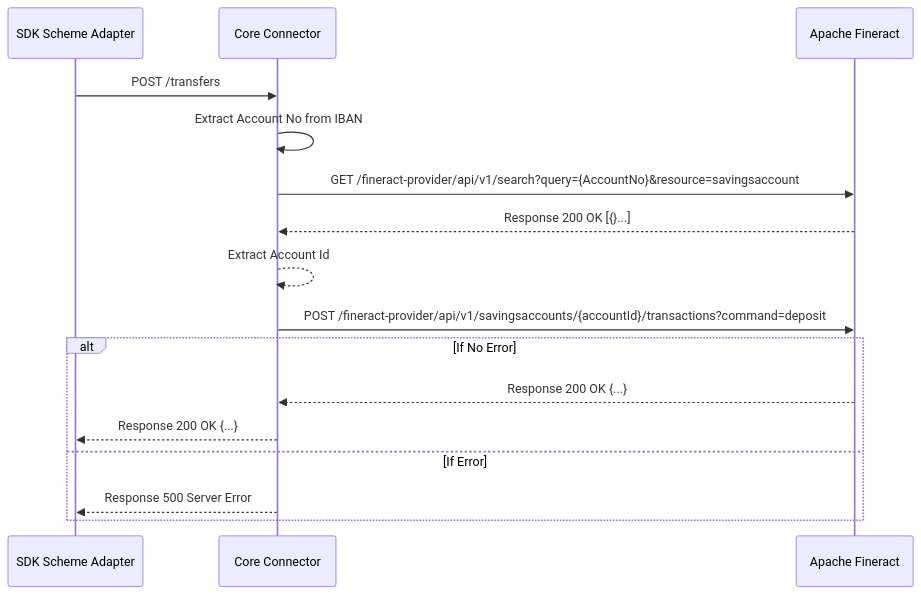
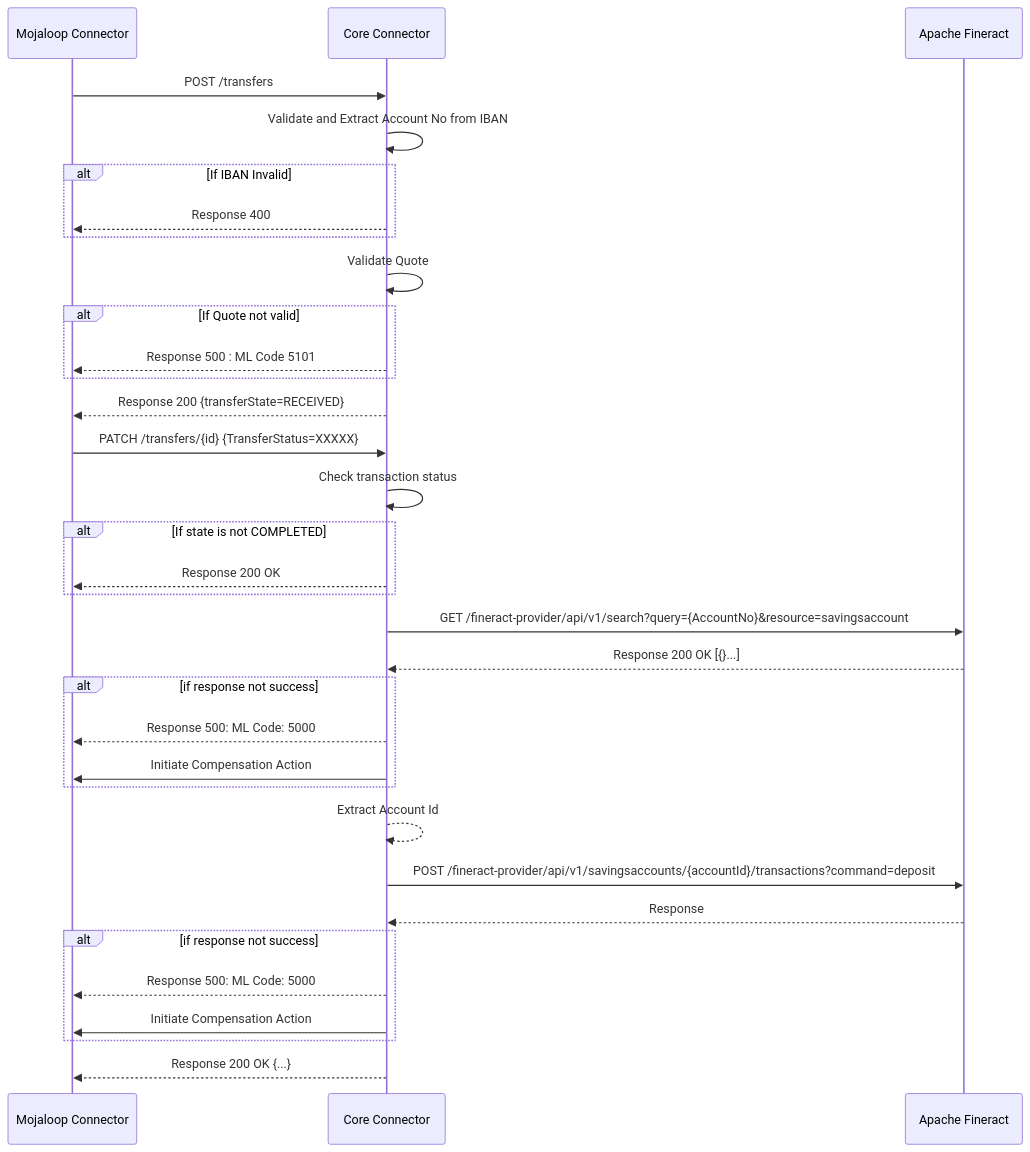
Before and after one commit to mojaloop/mifos-core-connector-docs: the diagram in docs/PayeeTransferRequest.md, drawn with Mermaid. The commit also changed other lines of this file and 1 other file, not shown here.

Commit message:
feat: update sequence diagrams for quotes and transfers

````diff
--- a/docs/PayeeTransferRequest.md
+++ b/docs/PayeeTransferRequest.md
@@ -3,15 +5,33 @@
 ```mermaid
 sequenceDiagram
-    SDK Scheme Adapter->>Core Connector: POST /transfers
-    Core Connector->>Core Connector: Extract Account No from IBAN
+    Mojaloop Connector->>Core Connector: POST /transfers
+    Core Connector->>Core Connector: Validate and Extract Account No from IBAN
+    Alt If IBAN Invalid
+    Core Connector-->> Mojaloop Connector: Response 400
+    End
+    Core Connector->> Core Connector: Validate Quote
+    Alt If Quote not valid
+        Core Connector -->> Mojaloop Connector: Response 500 : ML Code 5101
+    End
+    Core Connector -->> Mojaloop Connector: Response 200 {transferState=RECEIVED}
+    Mojaloop Connector ->> Core Connector : PATCH /transfers/{id} {TransferStatus=XXXXX}
+    Core Connector ->> Core Connector: Check transaction status
+    Alt If state is not COMPLETED
+    Core Connector -->> Mojaloop Connector: Response 200 OK
+    End
     Core Connector->>Apache Fineract: GET /fineract-provider/api/v1/search?query={AccountNo}&resource=savingsaccount
     Apache Fineract-->>Core Connector: Response 200 OK [{}...]
+    Alt if response not success
+    Core Connector -->> Mojaloop Connector: Response 500: ML Code: 5000
+    Core Connector ->> Mojaloop Connector: Initiate Compensation Action
+    End
     Core Connector-->>Core Connector: Extract Account Id
     Core Connector->>Apache Fineract: POST /fineract-provider/api/v1/savingsaccounts/{accountId}/transactions?command=deposit
-    Alt If No Error
-    Apache Fineract-->>Core Connector: Response 200 OK {...}
-    Core Connector-->>SDK Scheme Adapter: Response 200 OK {...}
-    Else If Error
-    Core Connector-->>SDK Scheme Adapter: Response 500 Server Error
+    Apache Fineract-->>Core Connector: Response
+    Alt if response not success
+    Core Connector -->> Mojaloop Connector: Response 500: ML Code: 5000
+    Core Connector ->> Mojaloop Connector: Initiate Compensation Action
     End
+    Core Connector-->>Mojaloop Connector: Response 200 OK {...}
+    
 ```
````
